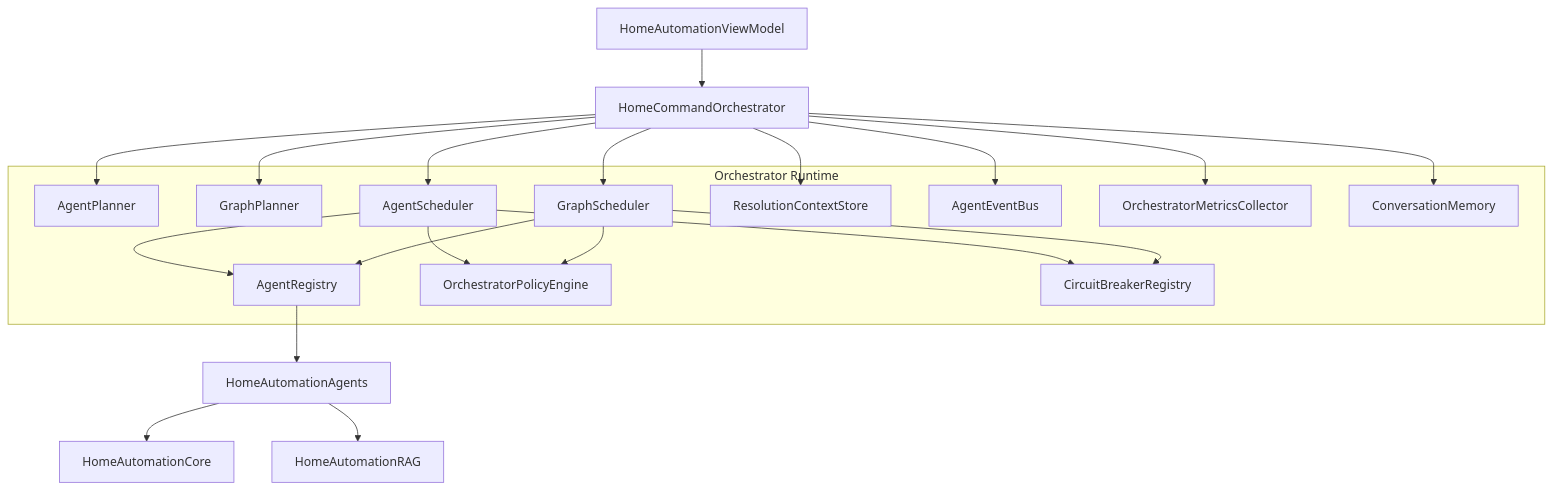
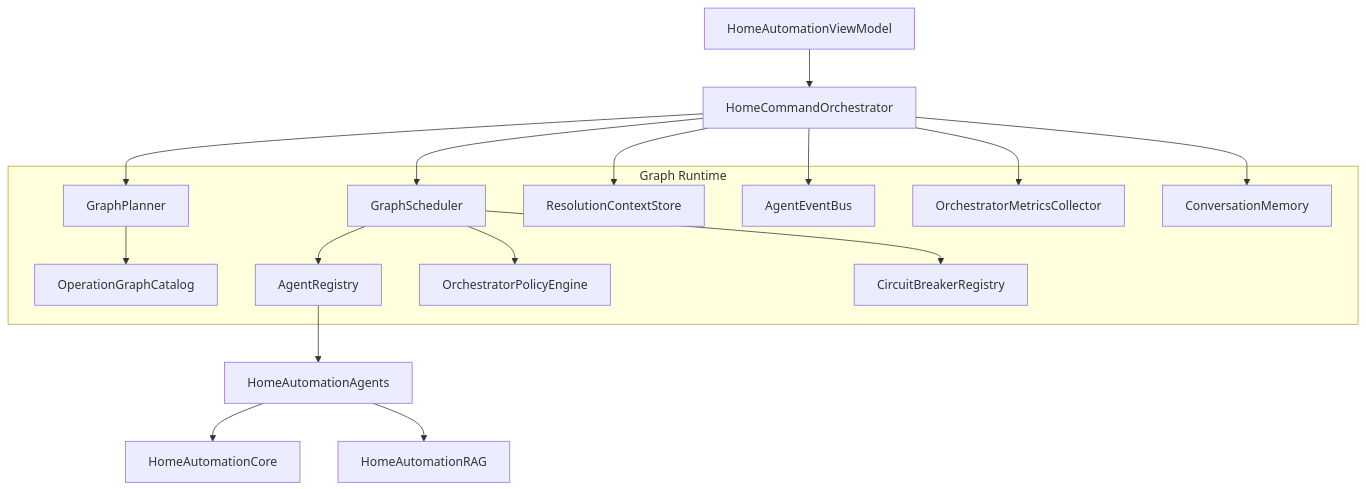
One commit to ksypinro/HomeAutomation changed the first of 3 diagrams in HomeAutomationCore/Sources/HomeAutomationOrchestrator/README.md. Above: the diagram before and after it, drawn with Mermaid. The commit also changed other lines of this file and 27 other files, not shown here.

````diff
--- a/HomeAutomationCore/Sources/HomeAutomationOrchestrator/README.md
+++ b/HomeAutomationCore/Sources/HomeAutomationOrchestrator/README.md
@@ -9,42 +9,37 @@
 ```mermaid
 flowchart TB
     UI["HomeAutomationViewModel"]
     Orchestrator["HomeCommandOrchestrator"]
 
-    subgraph Runtime["Orchestrator Runtime"]
-        Planner["AgentPlanner"]
+    subgraph Runtime["Graph Runtime"]
         GraphPlanner["GraphPlanner"]
-        Scheduler["AgentScheduler"]
+        Catalog["OperationGraphCatalog"]
         GraphScheduler["GraphScheduler"]
         Registry["AgentRegistry"]
         Context["ResolutionContextStore"]
         Events["AgentEventBus"]
         Policy["OrchestratorPolicyEngine"]
         Metrics["OrchestratorMetricsCollector"]
         Breakers["CircuitBreakerRegistry"]
         Memory["ConversationMemory"]
     end
 
     Agents["HomeAutomationAgents"]
     Core["HomeAutomationCore"]
     RAG["HomeAutomationRAG"]
 
     UI --> Orchestrator
-    Orchestrator --> Planner
     Orchestrator --> GraphPlanner
-    Orchestrator --> Scheduler
+    GraphPlanner --> Catalog
     Orchestrator --> GraphScheduler
     Orchestrator --> Context
     Orchestrator --> Events
     Orchestrator --> Metrics
     Orchestrator --> Memory
-    Scheduler --> Registry
-    Scheduler --> Policy
-    Scheduler --> Breakers
     GraphScheduler --> Registry
     GraphScheduler --> Policy
     GraphScheduler --> Breakers
     Registry --> Agents
     Agents --> Core
     Agents --> RAG
 ```
````
